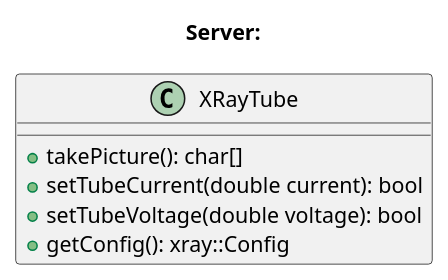
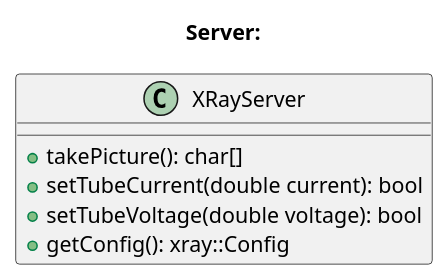
Before and after one commit to a-kuntz/JsonRPC: the third of 4 diagrams in workshop/doc/workshop.md, drawn with PlantUML. The commit also changed other lines of this file and 1 other file, not shown here.

````diff
--- a/workshop/doc/workshop.md
+++ b/workshop/doc/workshop.md
@@ -62,11 +62,11 @@
 ```plantuml
 @startuml
 title "Server:"
-class XRayTube{
+class XRayServer{
     +takePicture(): char[]
     +setTubeCurrent(double current): bool
     +setTubeVoltage(double voltage): bool
     +getConfig(): xray::Config
 }
 @enduml
 ```
````
